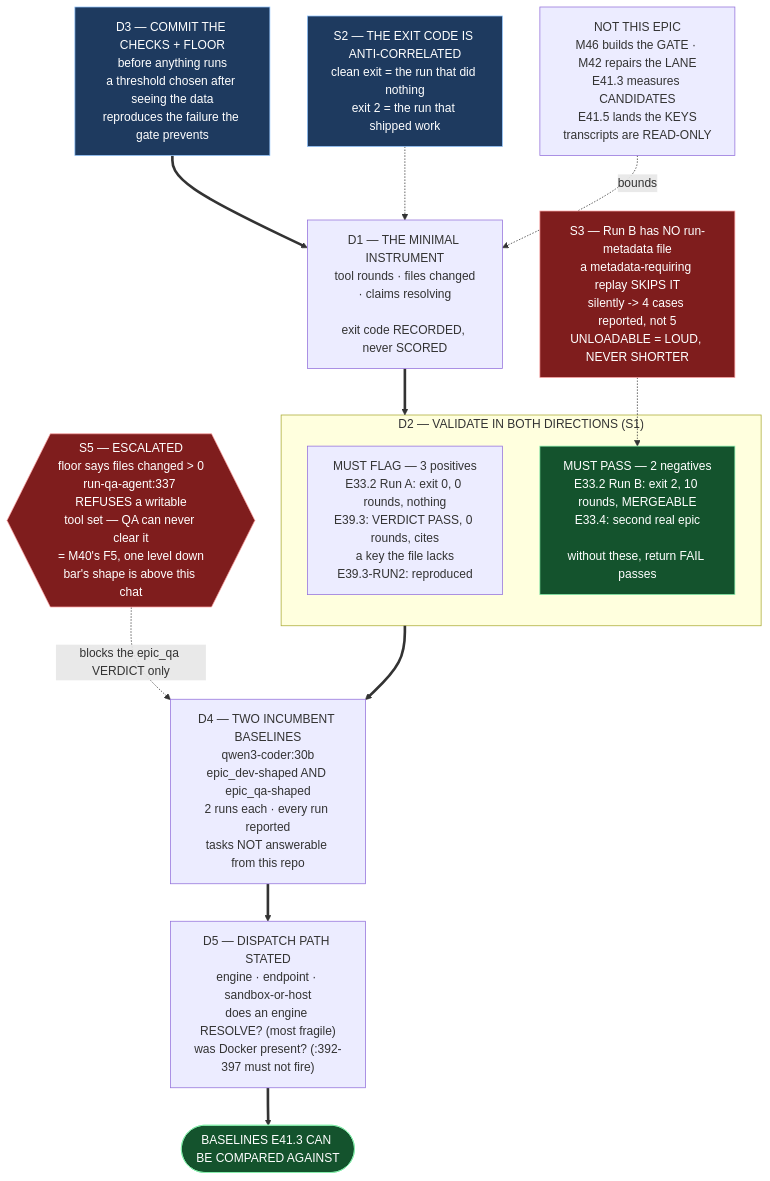
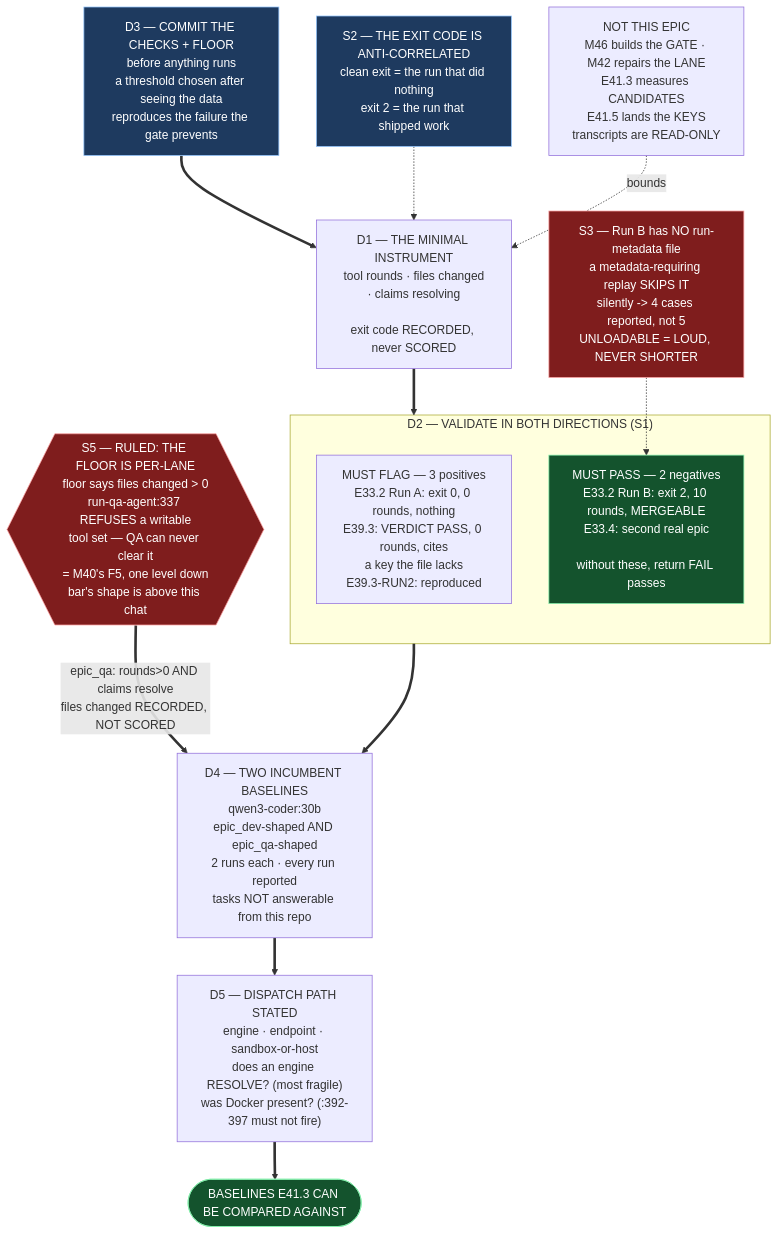
One commit to panchew/ai-project-system changed the diagram in docs/phases/P12__Completion_Fail_Closed_Defaults_and_the_Drivr_MVP/P12-M41-E41.2__spec__successful-nothing-instrument-and-incumbent-baseline.md. Above: the diagram before and after it, drawn with Mermaid. The commit also changed other lines of this file and 6 other files, not shown here.

````diff
--- a/docs/phases/P12__Completion_Fail_Closed_Defaults_and_the_Drivr_MVP/P12-M41-E41.2__spec__successful-nothing-instrument-and-incumbent-baseline.md
+++ b/docs/phases/P12__Completion_Fail_Closed_Defaults_and_the_Drivr_MVP/P12-M41-E41.2__spec__successful-nothing-instrument-and-incumbent-baseline.md
@@ -532,36 +559,36 @@
 ```mermaid
 flowchart TB
   D3["D3 — COMMIT THE CHECKS + FLOOR<br/>before anything runs<br/>a threshold chosen after seeing the data<br/>reproduces the failure the gate prevents"]
   D3 ==> D1["D1 — THE MINIMAL INSTRUMENT<br/>tool rounds · files changed<br/>· claims resolving<br/><br/>exit code RECORDED, never SCORED"]
 
   subgraph REPLAY["D2 — VALIDATE IN BOTH DIRECTIONS (S1)"]
     POS["MUST FLAG — 3 positives<br/>E33.2 Run A: exit 0, 0 rounds, nothing<br/>E39.3: VERDICT PASS, 0 rounds, cites<br/>a key the file lacks<br/>E39.3-RUN2: reproduced"]
     NEG["MUST PASS — 2 negatives<br/>E33.2 Run B: exit 2, 10 rounds, MERGEABLE<br/>E33.4: second real epic<br/><br/>without these, return FAIL passes"]
   end
   D1 ==> REPLAY
 
   S3["S3 — Run B has NO run-metadata file<br/>a metadata-requiring replay SKIPS IT<br/>silently -> 4 cases reported, not 5<br/>UNLOADABLE = LOUD, NEVER SHORTER"]
   S3 -.-> NEG
 
   REPLAY ==> D4["D4 — TWO INCUMBENT BASELINES<br/>qwen3-coder:30b<br/>epic_dev-shaped AND epic_qa-shaped<br/>2 runs each · every run reported<br/>tasks NOT answerable from this repo"]
 
-  S5{{"S5 — ESCALATED<br/>floor says files changed > 0<br/>run-qa-agent:337 REFUSES a writable<br/>tool set — QA can never clear it<br/>= M40's F5, one level down<br/>bar's shape is above this chat"}}
-  S5 -.blocks the epic_qa VERDICT only.-> D4
+  S5{{"S5 — RULED: THE FLOOR IS PER-LANE<br/>floor says files changed > 0<br/>run-qa-agent:337 REFUSES a writable<br/>tool set — QA can never clear it<br/>= M40's F5, one level down<br/>bar's shape is above this chat"}}
+  S5 ==>|"epic_qa: rounds>0 AND claims resolve<br/>files changed RECORDED, NOT SCORED"| D4
 
   D4 ==> D5["D5 — DISPATCH PATH STATED<br/>engine · endpoint · sandbox-or-host<br/>does an engine RESOLVE? (most fragile)<br/>was Docker present? (:392-397 must not fire)"]
 
   D5 ==> OUT(["BASELINES E41.3 CAN BE COMPARED AGAINST"])
 
   S2["S2 — THE EXIT CODE IS ANTI-CORRELATED<br/>clean exit = the run that did nothing<br/>exit 2 = the run that shipped work"]
   S2 -.-> D1
 
   NOT["NOT THIS EPIC<br/>M46 builds the GATE · M42 repairs the LANE<br/>E41.3 measures CANDIDATES<br/>E41.5 lands the KEYS<br/>transcripts are READ-ONLY"]
   NOT -.bounds.-> D1
 
   classDef gate fill:#7f1d1d,stroke:#fca5a5,color:#fff
   classDef hard fill:#1e3a5f,stroke:#93c5fd,color:#fff
   classDef ok fill:#14532d,stroke:#86efac,color:#fff
   class S5,S3 gate
   class D3,S2 hard
   class OUT,NEG ok
 ```
````
